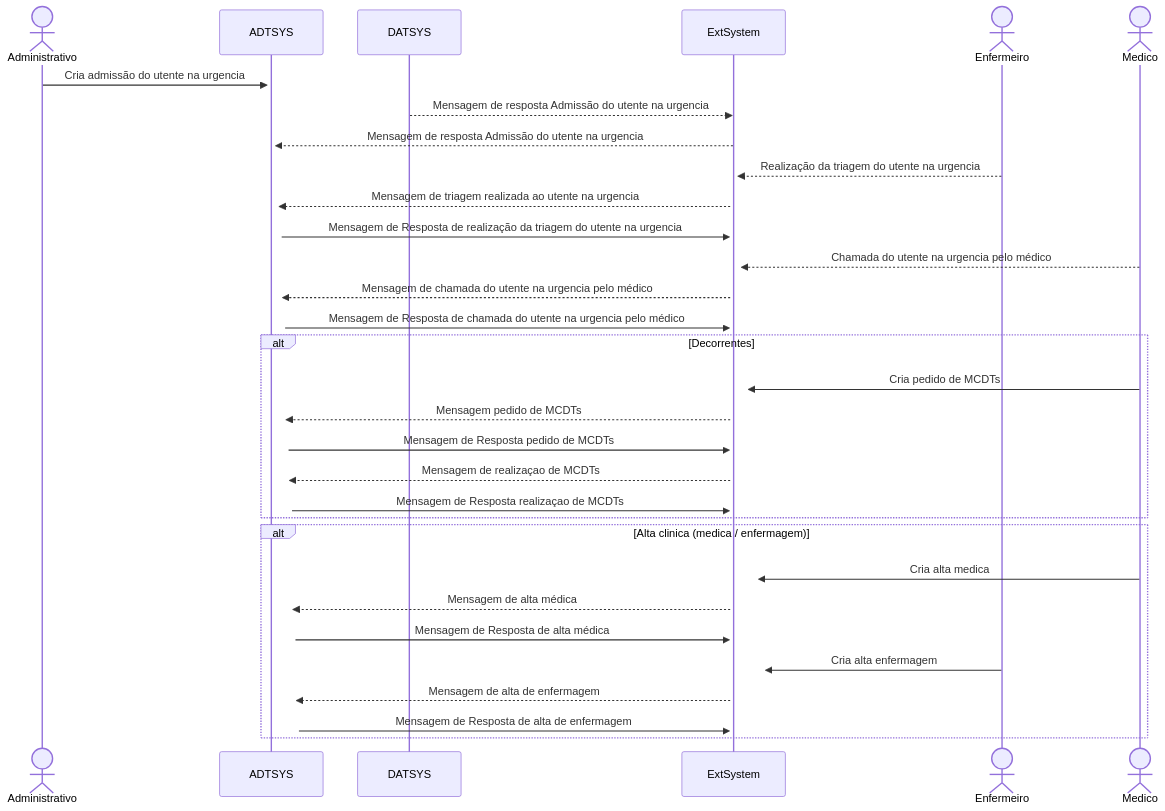
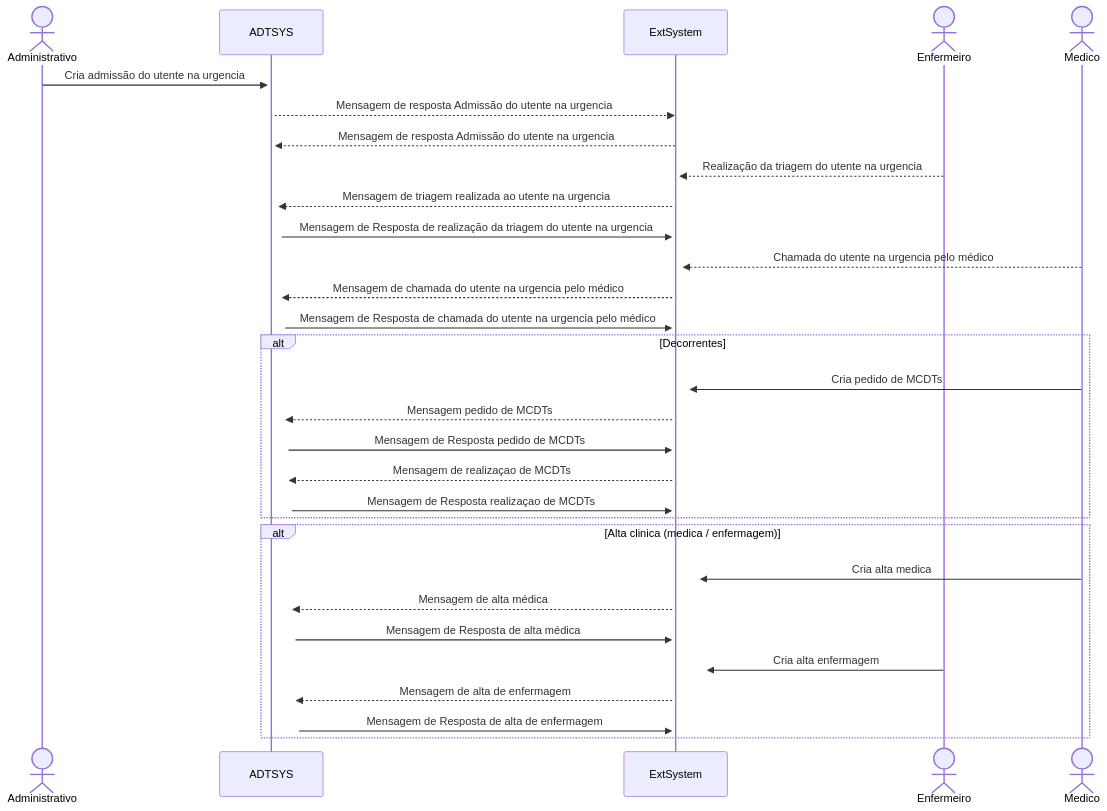
Before and after one commit to hl7-pt/patient-admin-ig: the third of 3 diagrams in input/pagecontent/background.md, drawn with Mermaid.

Commit message:
IG Update

````diff
--- a/input/pagecontent/background.md
+++ b/input/pagecontent/background.md
@@ -95,30 +95,30 @@
 ```mermaid 
   sequenceDiagram
     actor Administrativo
     Administrativo->>+ADTSYS: Cria admissão do utente na urgencia
-    DATSYS-->>ExtSystem: Mensagem de resposta Admissão do utente na urgencia
+    ADTSYS-->>ExtSystem: Mensagem de resposta Admissão do utente na urgencia
     ExtSystem-->>+ADTSYS: Mensagem de resposta Admissão do utente na urgencia
   actor Enfermeiro
     Enfermeiro-->>+ExtSystem: Realização da triagem do utente na urgencia
     ExtSystem-->>+ADTSYS: Mensagem de triagem realizada ao utente na urgencia
     ADTSYS->>+ExtSystem:Mensagem de Resposta de realização da triagem do utente na urgencia
   actor Medico
     Medico-->>+ExtSystem: Chamada do utente na urgencia pelo médico
     ExtSystem-->>+ADTSYS: Mensagem de chamada do utente na urgencia pelo médico
     ADTSYS->>+ExtSystem:Mensagem de Resposta de chamada do utente na urgencia pelo médico
   alt Decorrentes
     Medico->>+ExtSystem: Cria pedido de MCDTs
     ExtSystem-->>+ADTSYS: Mensagem pedido de MCDTs
     ADTSYS->>+ExtSystem:Mensagem de Resposta pedido de MCDTs
     ExtSystem-->>+ADTSYS: Mensagem de realizaçao de MCDTs
     ADTSYS->>+ExtSystem:Mensagem de Resposta realizaçao de MCDTs
   end
   alt Alta clinica (medica / enfermagem)
     Medico->>+ExtSystem: Cria alta medica
     ExtSystem-->>+ADTSYS: Mensagem de alta médica
     ADTSYS->>+ExtSystem:Mensagem de Resposta de alta médica
     Enfermeiro->>+ExtSystem: Cria alta enfermagem
     ExtSystem-->>+ADTSYS: Mensagem de alta de enfermagem
     ADTSYS->>+ExtSystem:Mensagem de Resposta de alta de enfermagem
   end
 ```
````
